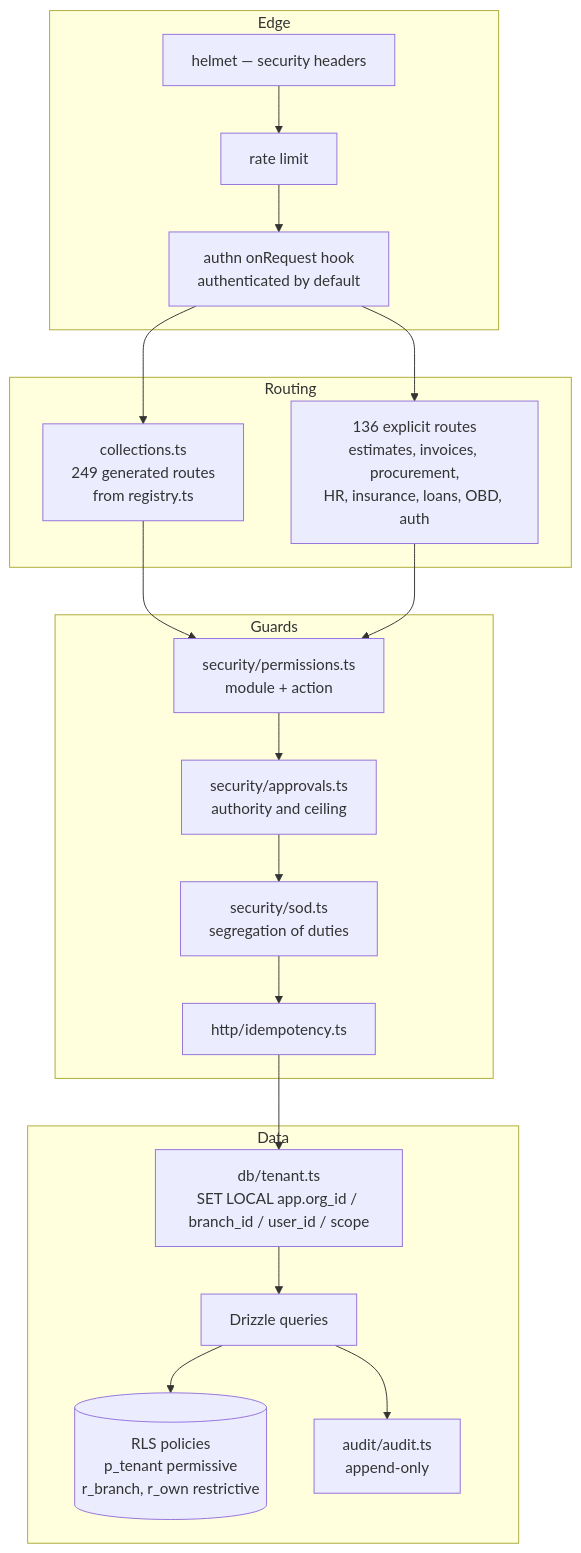
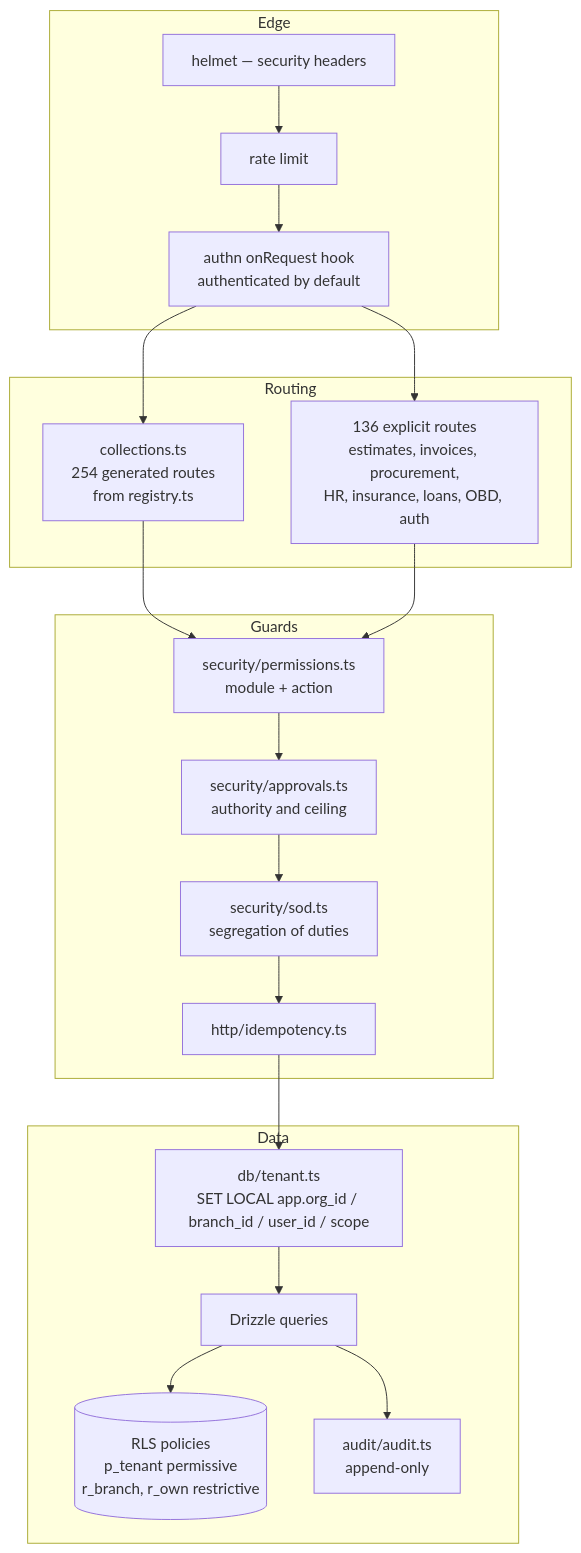
One commit to tazamohd/SlClNe changed the third of 4 diagrams in docs/15_C4_ARCHITECTURE_DIAGRAMS/C4_MODEL.md. Above: the diagram before and after it, drawn with Mermaid. The commit also changed other lines of this file and 32 other files, not shown here.

````diff
--- a/docs/15_C4_ARCHITECTURE_DIAGRAMS/C4_MODEL.md
+++ b/docs/15_C4_ARCHITECTURE_DIAGRAMS/C4_MODEL.md
@@ -60,29 +60,29 @@
 ```mermaid
 flowchart TB
   subgraph edge[Edge]
     helmet["helmet — security headers"]
     rl["rate limit"]
     authn["authn onRequest hook<br/>authenticated by default"]
   end
   subgraph routing[Routing]
-    generic["collections.ts<br/>249 generated routes<br/>from registry.ts"]
+    generic["collections.ts<br/>254 generated routes<br/>from registry.ts"]
     explicit["136 explicit routes<br/>estimates, invoices, procurement,<br/>HR, insurance, loans, OBD, auth"]
   end
   subgraph guards[Guards]
     perms["security/permissions.ts<br/>module + action"]
     approvals["security/approvals.ts<br/>authority and ceiling"]
     sod["security/sod.ts<br/>segregation of duties"]
     idem["http/idempotency.ts"]
   end
   subgraph data[Data]
     tenant["db/tenant.ts<br/>SET LOCAL app.org_id / branch_id / user_id / scope"]
     drizzle["Drizzle queries"]
     rls[("RLS policies<br/>p_tenant permissive<br/>r_branch, r_own restrictive")]
     audit["audit/audit.ts<br/>append-only"]
   end
   helmet --> rl --> authn --> generic
   authn --> explicit
   generic --> perms
   explicit --> perms --> approvals --> sod --> idem --> tenant --> drizzle --> rls
   drizzle --> audit
 ```
````
